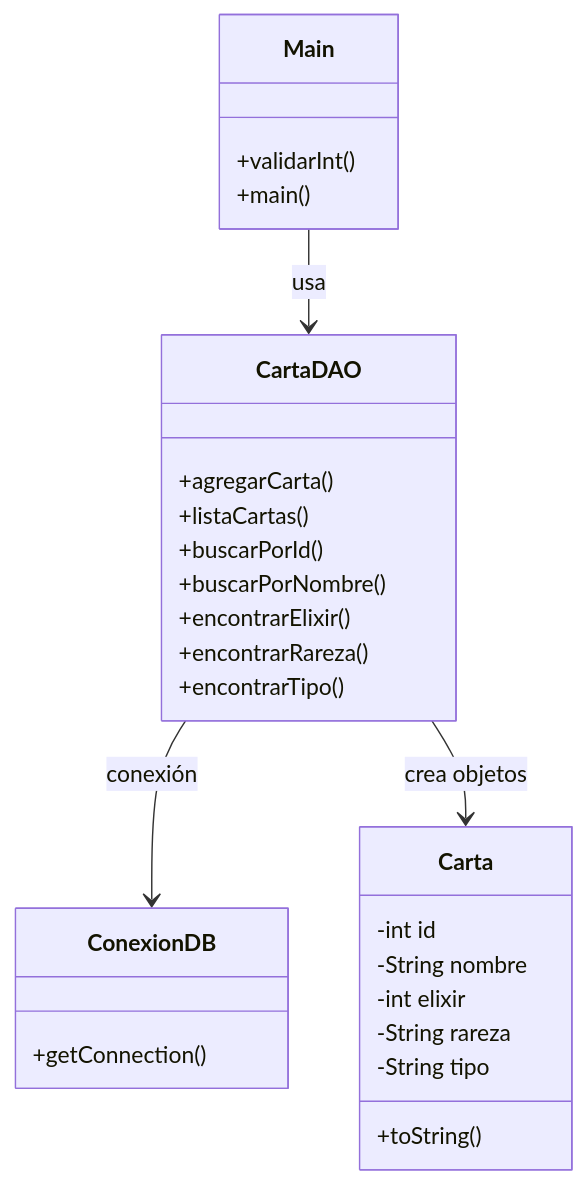
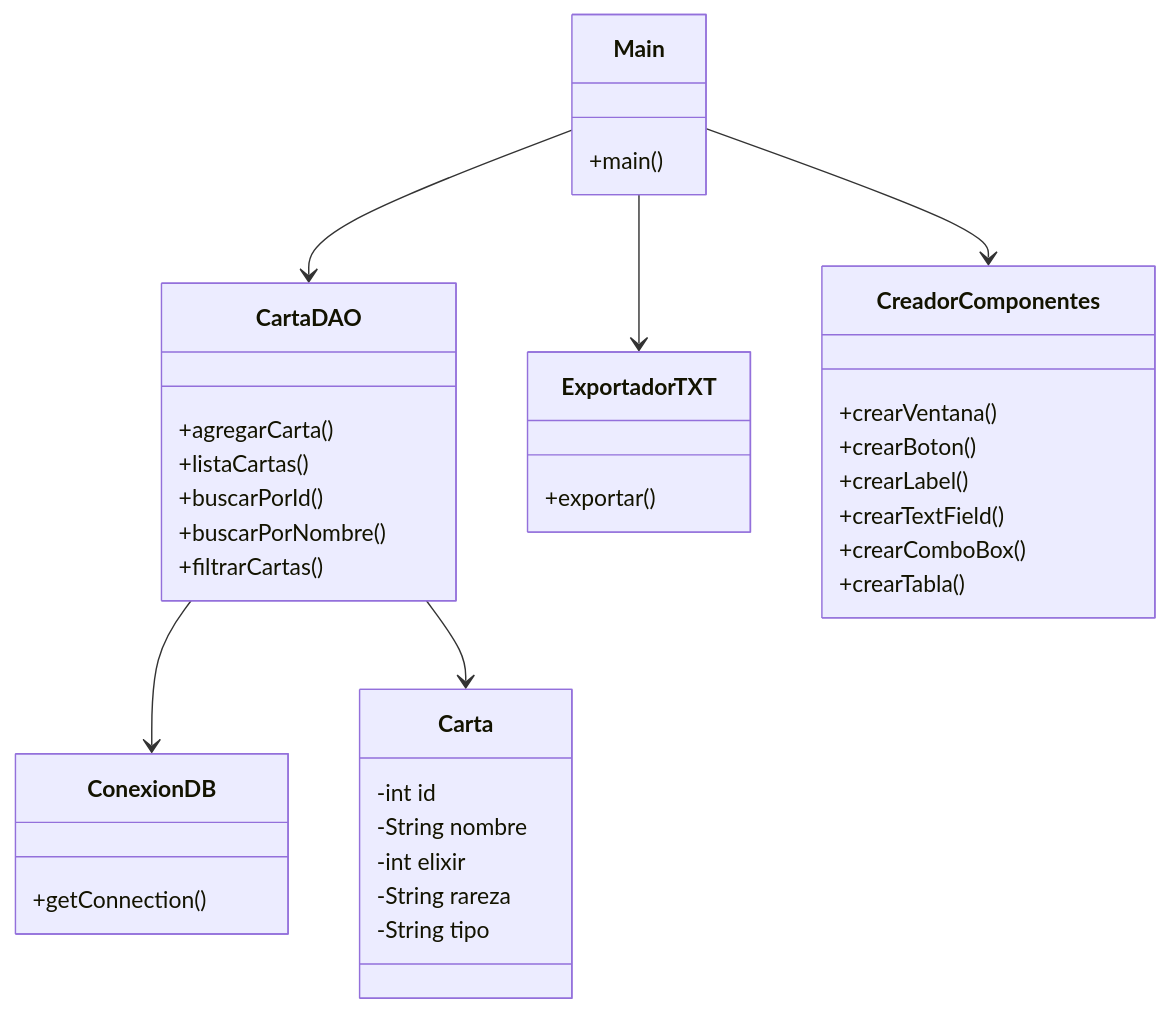
Before and after one commit to nicolas-sm25/Clash-Royale-BD: the diagram in README.md, drawn with Mermaid. The commit also changed other lines of this file, not shown here.

````diff
--- a/README.md
+++ b/README.md
@@ -144,35 +170,46 @@
 ```mermaid
 classDiagram
 
 class Main{
-  +validarInt()
-  +main()
+    +main()
 }
 
 class Carta{
-  -int id
-  -String nombre
-  -int elixir
-  -String rareza
-  -String tipo
-  +toString()
+    -int id
+    -String nombre
+    -int elixir
+    -String rareza
+    -String tipo
 }
 
 class CartaDAO{
-  +agregarCarta()
-  +listaCartas()
-  +buscarPorId()
-  +buscarPorNombre()
-  +encontrarElixir()
-  +encontrarRareza()
-  +encontrarTipo()
+    +agregarCarta()
+    +listaCartas()
+    +buscarPorId()
+    +buscarPorNombre()
+    +filtrarCartas()
 }
 
 class ConexionDB{
-  +getConnection()
+    +getConnection()
 }
 
-Main --> CartaDAO : usa
-CartaDAO --> ConexionDB : conexión
-CartaDAO --> Carta : crea objetos
+class ExportadorTXT{
+    +exportar()
+}
+
+class CreadorComponentes{
+    +crearVentana()
+    +crearBoton()
+    +crearLabel()
+    +crearTextField()
+    +crearComboBox()
+    +crearTabla()
+}
+
+Main --> CartaDAO
+CartaDAO --> ConexionDB
+CartaDAO --> Carta
+Main --> CreadorComponentes
+Main --> ExportadorTXT
 ```
````
